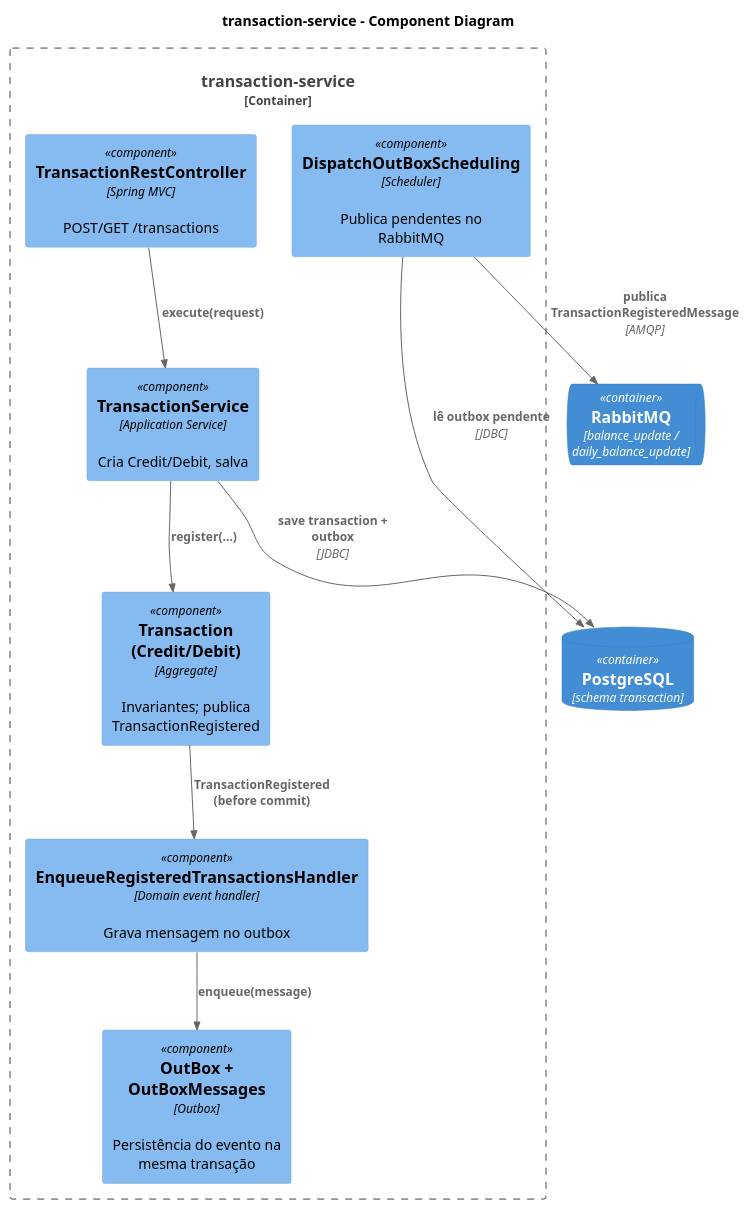
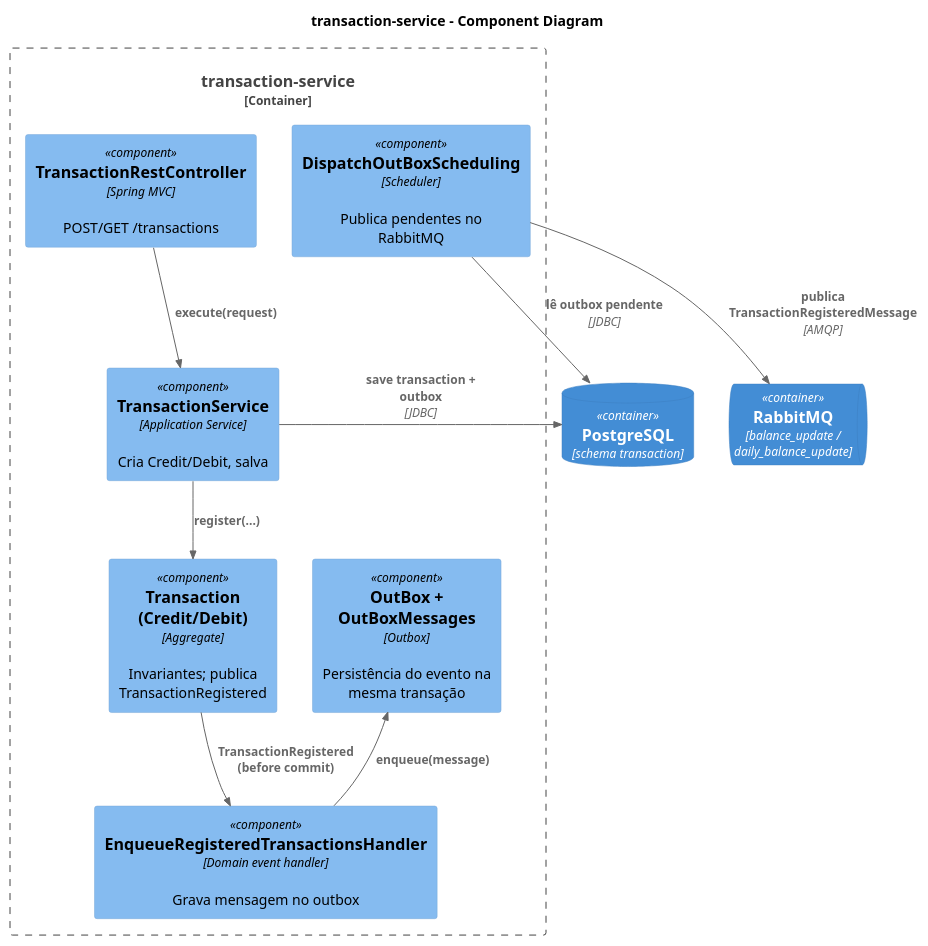
Before and after one commit to carlosmachado/cash-flow-control: the diagram in docs/diagrams/c4-component-transaction-service.puml, drawn with PlantUML.

Commit message:
organize diagram

```diff
--- a/docs/diagrams/c4-component-transaction-service.puml
+++ b/docs/diagrams/c4-component-transaction-service.puml
@@ -1,27 +1,27 @@
 @startuml c4-component-transaction-service
 ' C4 Level 3 - Components (transaction-service)
 !include https://raw.githubusercontent.com/plantuml-stdlib/C4-PlantUML/master/C4_Component.puml
 
 title transaction-service - Component Diagram
 
 Container_Boundary(tx, "transaction-service") {
   Component(ctrl, "TransactionRestController", "Spring MVC", "POST/GET /transactions")
   Component(svc, "TransactionService", "Application Service", "Cria Credit/Debit, salva")
   Component(agg, "Transaction (Credit/Debit)", "Aggregate", "Invariantes; publica TransactionRegistered")
   Component(handler, "EnqueueRegisteredTransactionsHandler", "Domain event handler", "Grava mensagem no outbox")
   Component(outbox, "OutBox + OutBoxMessages", "Outbox", "Persistência do evento na mesma transação")
   Component(disp, "DispatchOutBoxScheduling", "Scheduler", "Publica pendentes no RabbitMQ")
 }
 
 ContainerDb(pg, "PostgreSQL", "schema transaction")
 ContainerQueue(rmq, "RabbitMQ", "balance_update / daily_balance_update")
 
 Rel(ctrl, svc, "execute(request)")
 Rel(svc, agg, "register(...)")
 Rel(agg, handler, "TransactionRegistered (before commit)")
-Rel(handler, outbox, "enqueue(message)")
-Rel(svc, pg, "save transaction + outbox", "JDBC")
+Rel_U(handler, outbox, "enqueue(message)")
+Rel_U(svc, pg, "save transaction + outbox", "JDBC")
 Rel(disp, pg, "lê outbox pendente", "JDBC")
 Rel(disp, rmq, "publica TransactionRegisteredMessage", "AMQP")
 
 @enduml
```
